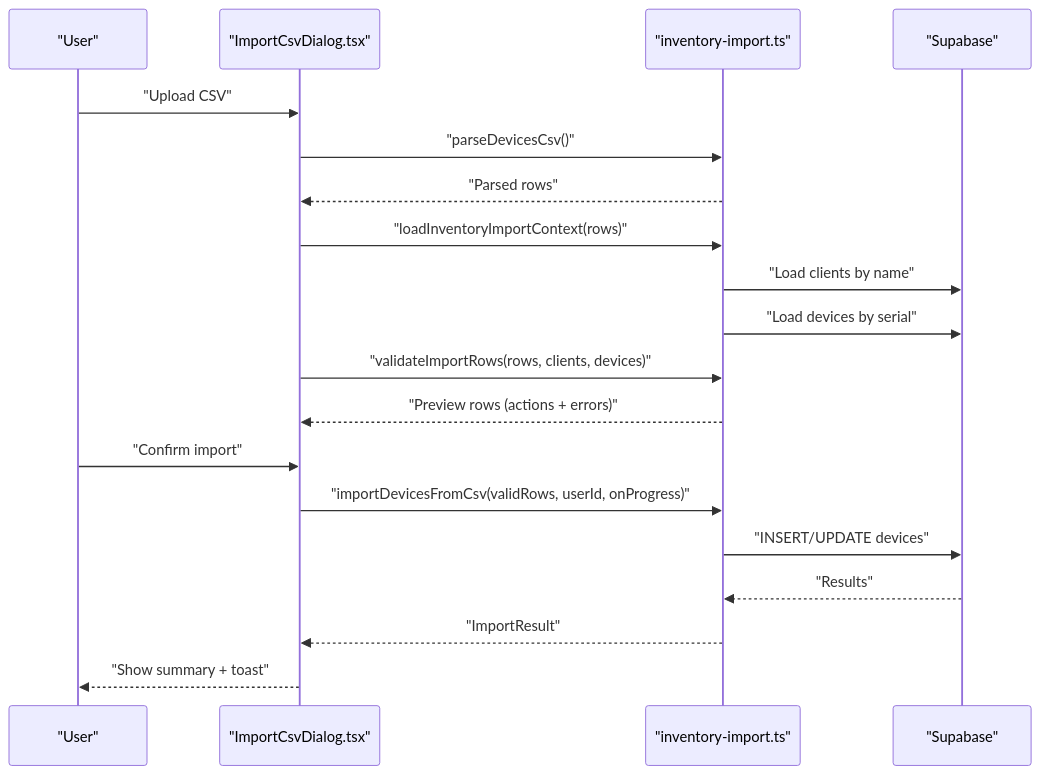
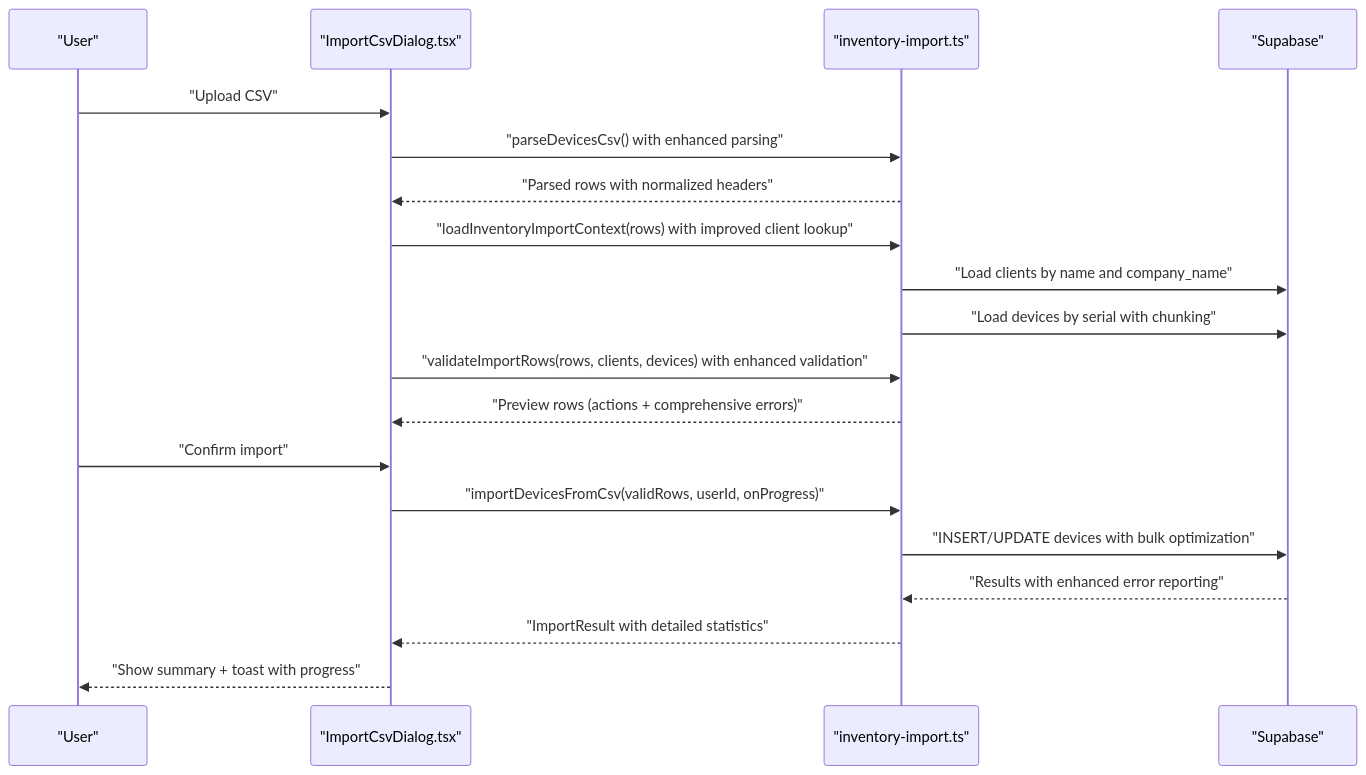
The sixth of 9 diagrams in .qoder/repowiki/en/content/Device Management System/Device Management System.md (gastaldellomarco/pcReady), drawn with Mermaid before and after one commit. The commit also changed other lines of this file and 5 other files, not shown here.

````diff
--- a/.qoder/repowiki/en/content/Device Management System/Device Management System.md
+++ b/.qoder/repowiki/en/content/Device Management System/Device Management System.md
@@ -282,21 +293,21 @@
 ```mermaid
 sequenceDiagram
 participant U as "User"
 participant IC as "ImportCsvDialog.tsx"
 participant LI as "inventory-import.ts"
 participant S as "Supabase"
 U->>IC : "Upload CSV"
-IC->>LI : "parseDevicesCsv()"
-LI-->>IC : "Parsed rows"
-IC->>LI : "loadInventoryImportContext(rows)"
-LI->>S : "Load clients by name"
-LI->>S : "Load devices by serial"
-IC->>LI : "validateImportRows(rows, clients, devices)"
-LI-->>IC : "Preview rows (actions + errors)"
+IC->>LI : "parseDevicesCsv() with enhanced parsing"
+LI-->>IC : "Parsed rows with normalized headers"
+IC->>LI : "loadInventoryImportContext(rows) with improved client lookup"
+LI->>S : "Load clients by name and company_name"
+LI->>S : "Load devices by serial with chunking"
+IC->>LI : "validateImportRows(rows, clients, devices) with enhanced validation"
+LI-->>IC : "Preview rows (actions + comprehensive errors)"
 U->>IC : "Confirm import"
 IC->>LI : "importDevicesFromCsv(validRows, userId, onProgress)"
-LI->>S : "INSERT/UPDATE devices"
-S-->>LI : "Results"
-LI-->>IC : "ImportResult"
-IC-->>U : "Show summary + toast"
+LI->>S : "INSERT/UPDATE devices with bulk optimization"
+S-->>LI : "Results with enhanced error reporting"
+LI-->>IC : "ImportResult with detailed statistics"
+IC-->>U : "Show summary + toast with progress"
 ```
````
